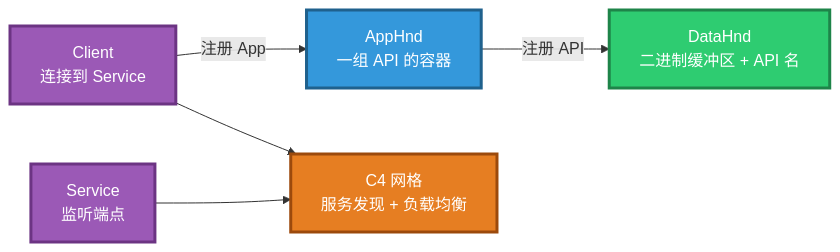
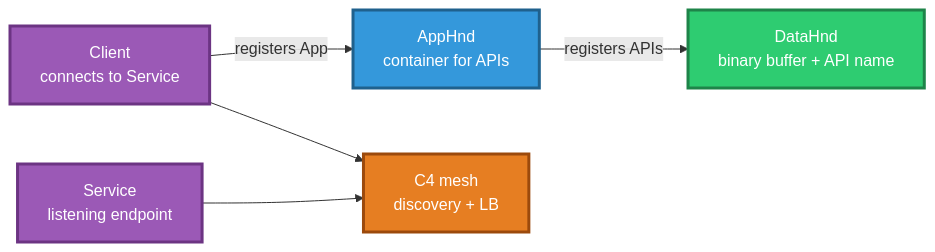
Before and after one commit to PassByYou888/LingoFuse: the fourth of 26 diagrams in cpp/LingoFuse_Cpp_Knowledge_Base.md, drawn with Mermaid. The commit also changed other lines of this file, not shown here.

````diff
--- a/cpp/LingoFuse_Cpp_Knowledge_Base.md
+++ b/cpp/LingoFuse_Cpp_Knowledge_Base.md
@@ -130,19 +250,19 @@
 ```mermaid
 flowchart LR
-    DH["DataHnd<br/>二进制缓冲区 + API 名"]
-    AH["AppHnd<br/>一组 API 的容器"]
-    SVC["Service<br/>监听端点"]
-    CLI["Client<br/>连接到 Service"]
-    MESH["C4 网格<br/>服务发现 + 负载均衡"]
+    DH["DataHnd<br/>binary buffer + API name"]
+    AH["AppHnd<br/>container for APIs"]
+    SVC["Service<br/>listening endpoint"]
+    CLI["Client<br/>connects to Service"]
+    MESH["C4 mesh<br/>discovery + LB"]
 
-    AH -->|注册 API| DH
-    CLI -->|注册 App| AH
+    AH -->|registers APIs| DH
+    CLI -->|registers App| AH
     SVC --> MESH
     CLI --> MESH
 
     style DH fill:#2ECC71,stroke:#1E8449,stroke-width:3px,color:#FFFFFF
     style AH fill:#3498DB,stroke:#1F618D,stroke-width:3px,color:#FFFFFF
     style SVC fill:#9B59B6,stroke:#6C3483,stroke-width:3px,color:#FFFFFF
     style CLI fill:#9B59B6,stroke:#6C3483,stroke-width:3px,color:#FFFFFF
     style MESH fill:#E67E22,stroke:#9C4A0C,stroke-width:3px,color:#FFFFFF
 ```
````
